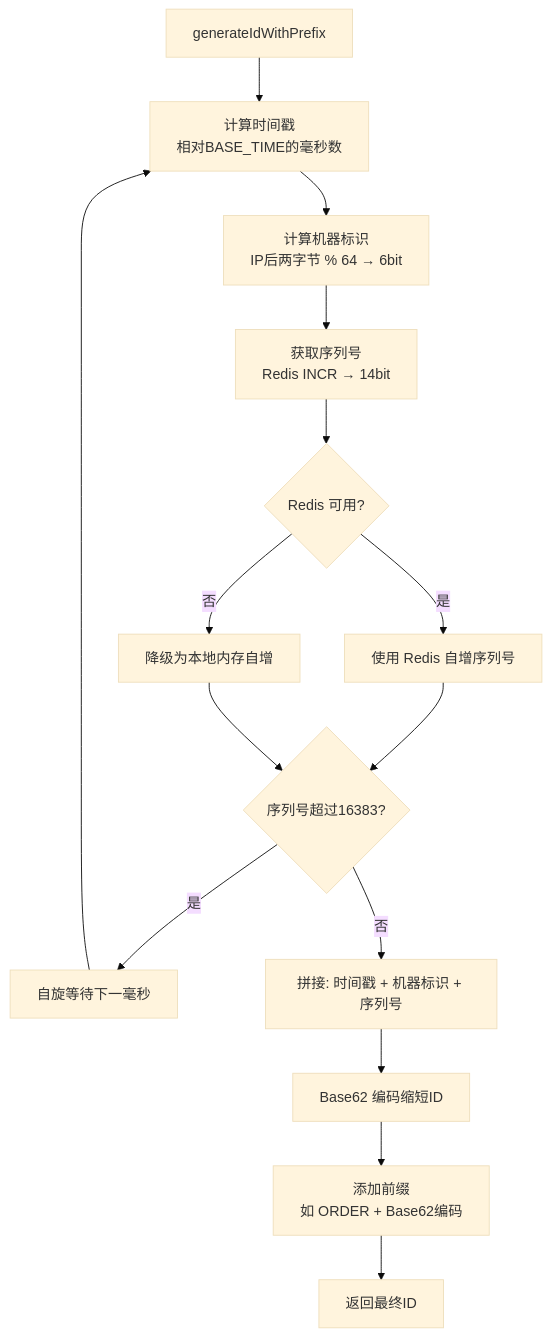
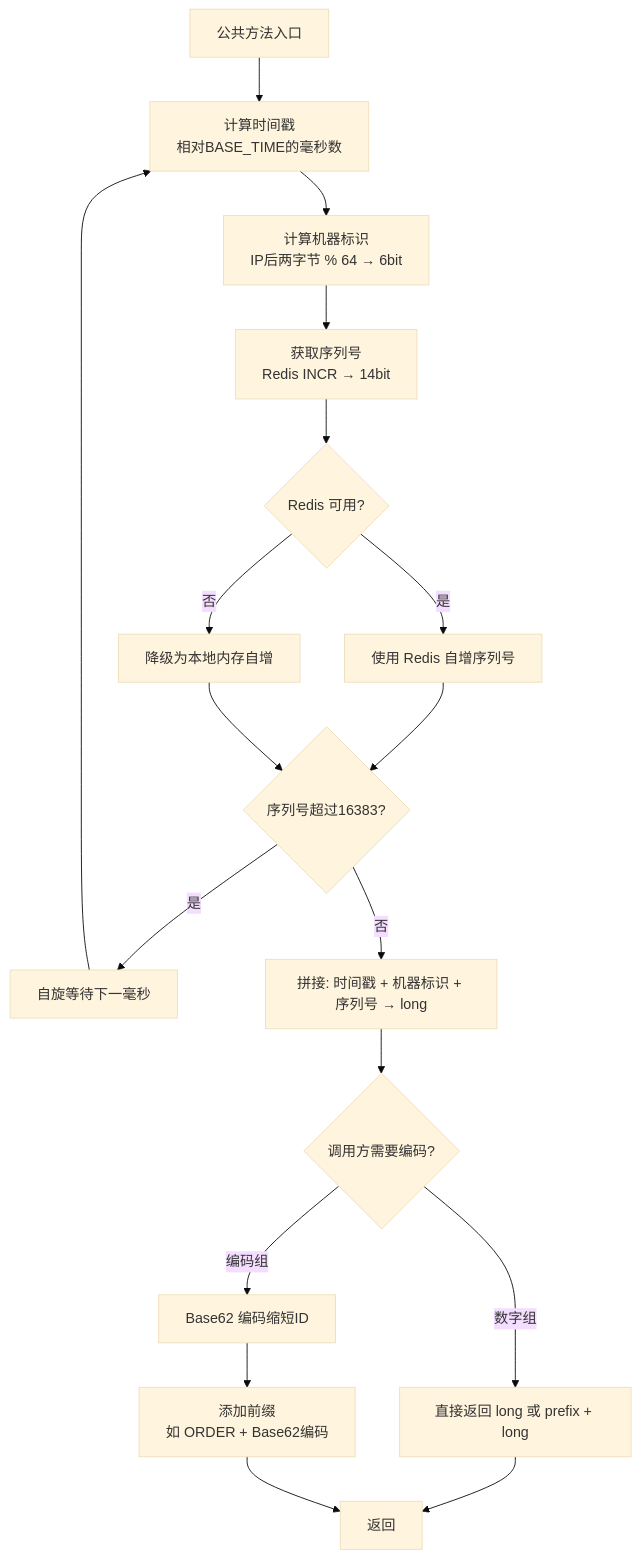
One commit to shrimp-group/sh-framework changed the diagram in docs/stories/US-018-Redis-ID生成器.md. Above: the diagram before and after it, drawn with Mermaid (base theme). The commit also changed other lines of this file and 1 other file, not shown here.

````diff
--- a/docs/stories/US-018-Redis-ID生成器.md
+++ b/docs/stories/US-018-Redis-ID生成器.md
@@ -13,17 +24,20 @@
 ```mermaid
 flowchart TD
-    A[generateIdWithPrefix] --> B[计算时间戳<br/>相对BASE_TIME的毫秒数]
+    A[公共方法入口] --> B[计算时间戳<br/>相对BASE_TIME的毫秒数]
     B --> C[计算机器标识<br/>IP后两字节 % 64 → 6bit]
     C --> D[获取序列号<br/>Redis INCR → 14bit]
     D --> E{Redis 可用?}
     E -->|是| F[使用 Redis 自增序列号]
     E -->|否| G[降级为本地内存自增]
     F --> H{序列号超过16383?}
     G --> H
     H -->|是| I[自旋等待下一毫秒]
-    H -->|否| J[拼接: 时间戳 + 机器标识 + 序列号]
+    H -->|否| J[拼接: 时间戳 + 机器标识 + 序列号 → long]
     I --> B
-    J --> K[Base62 编码缩短ID]
-    K --> L[添加前缀<br/>如 ORDER + Base62编码]
-    L --> M[返回最终ID]
+    J --> K{调用方需要编码?}
+    K -->|数字组| L[直接返回 long 或 prefix + long]
+    K -->|编码组| M[Base62 编码缩短ID]
+    M --> N[添加前缀<br/>如 ORDER + Base62编码]
+    L --> O[返回]
+    N --> O
 ```
````
